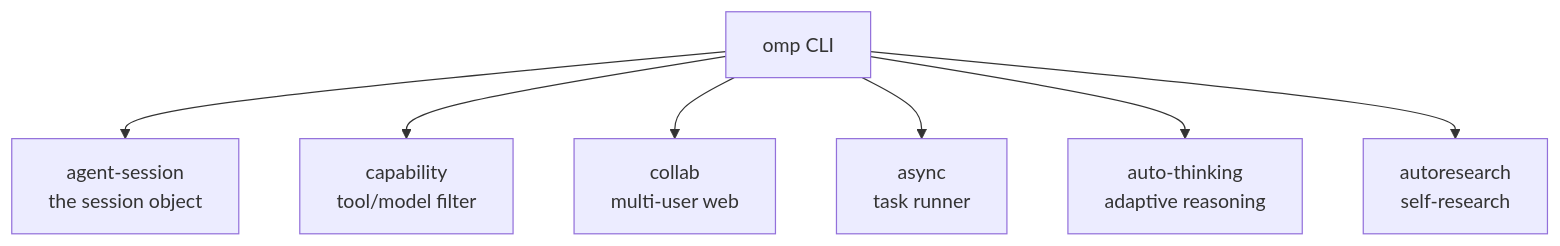
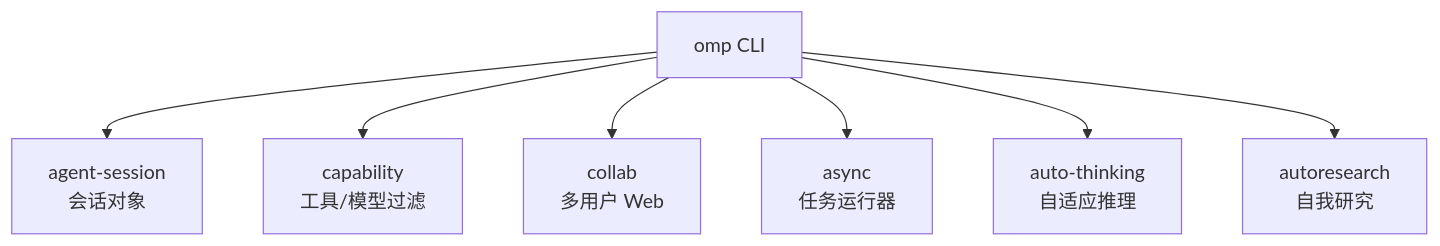
Before and after one commit to YeLuo45/oh-my-pi-design: the first of 2 diagrams in docs-site/docs/05-pi-coding-agent.md, drawn with Mermaid. The commit also changed other lines of this file and 37 other files, not shown here.

````diff
--- a/docs-site/docs/05-pi-coding-agent.md
+++ b/docs-site/docs/05-pi-coding-agent.md
@@ -9,9 +9,9 @@
 ```mermaid
 graph TB
-  CLI[omp CLI] --> AS[agent-session<br/>the session object]
-  CLI --> Cap[capability<br/>tool/model filter]
-  CLI --> Collab[collab<br/>multi-user web]
-  CLI --> Async[async<br/>task runner]
-  CLI --> Auto[auto-thinking<br/>adaptive reasoning]
-  CLI --> AR[autoresearch<br/>self-research]
+  CLI[omp CLI] --> AS[agent-session<br/>会话对象]
+  CLI --> Cap[capability<br/>工具/模型过滤]
+  CLI --> Collab[collab<br/>多用户 Web]
+  CLI --> Async[async<br/>任务运行器]
+  CLI --> Auto[auto-thinking<br/>自适应推理]
+  CLI --> AR[autoresearch<br/>自我研究]
 ```
````
